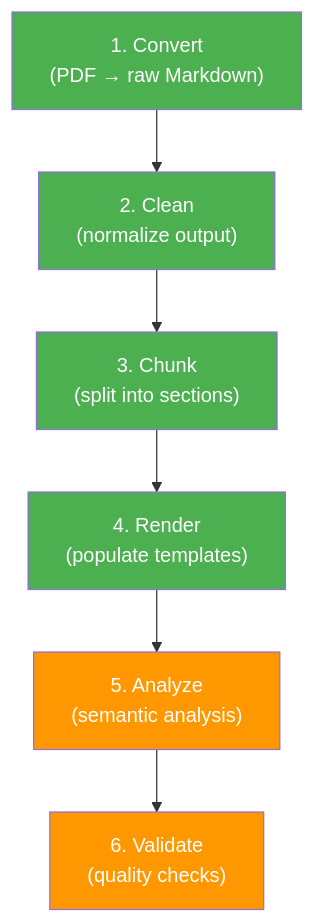
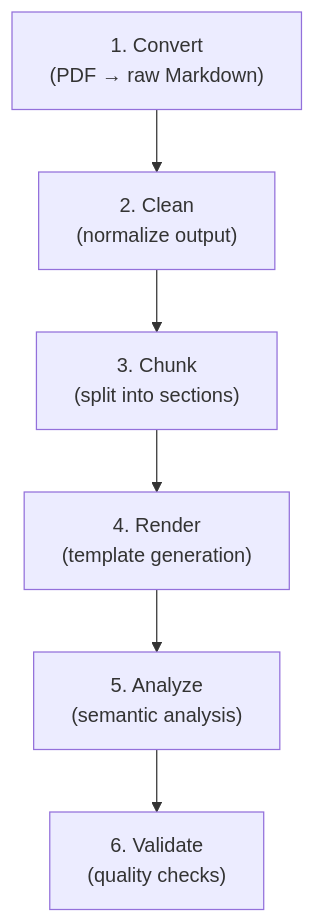
The diagram in docs/guide/pipeline-stages.md (PhiniteLab/pdf-to-markdown-pipeline), drawn with Mermaid before and after one commit. The commit also changed other lines of this file and 66 other files, not shown here.

````diff
--- a/docs/guide/pipeline-stages.md
+++ b/docs/guide/pipeline-stages.md
@@ -6,15 +6,8 @@
 ```mermaid
 graph TD
     A["1. Convert<br/>(PDF → raw Markdown)"] --> B["2. Clean<br/>(normalize output)"]
     B --> C["3. Chunk<br/>(split into sections)"]
-    C --> D["4. Render<br/>(populate templates)"]
+    C --> D["4. Render<br/>(template generation)"]
     D --> E["5. Analyze<br/>(semantic analysis)"]
     E --> F["6. Validate<br/>(quality checks)"]
-
-    style A fill:#4CAF50,color:#fff
-    style B fill:#4CAF50,color:#fff
-    style C fill:#4CAF50,color:#fff
-    style D fill:#4CAF50,color:#fff
-    style E fill:#FF9800,color:#fff
-    style F fill:#FF9800,color:#fff
 ```
````
